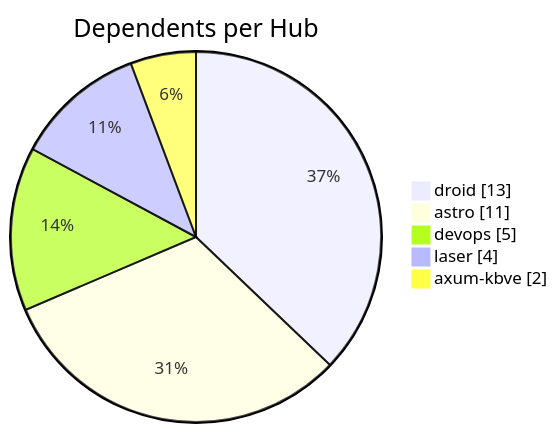
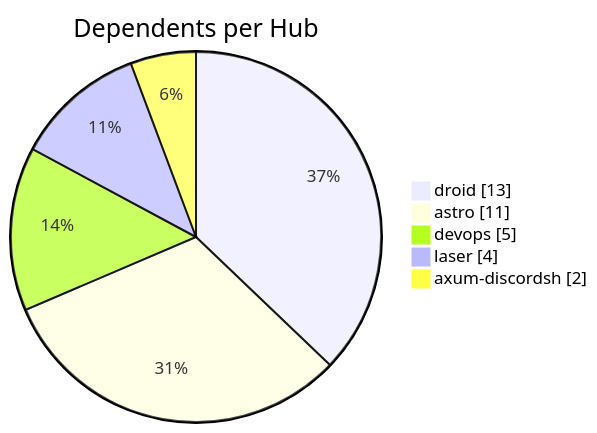
Before and after one commit to KBVE/kbve: the second of 3 diagrams in apps/kbve/astro-kbve/src/content/docs/dashboard/graph.mdx, drawn with Mermaid. The commit also changed other lines of this file and 8 other files, not shown here.

````diff
--- a/apps/kbve/astro-kbve/src/content/docs/dashboard/graph.mdx
+++ b/apps/kbve/astro-kbve/src/content/docs/dashboard/graph.mdx
@@ -66,9 +66,9 @@
 ```mermaid
 pie showData
     title Dependents per Hub
     "droid" : 13
     "astro" : 11
     "devops" : 5
     "laser" : 4
-    "axum-kbve" : 2
+    "axum-discordsh" : 2
 ```
````
